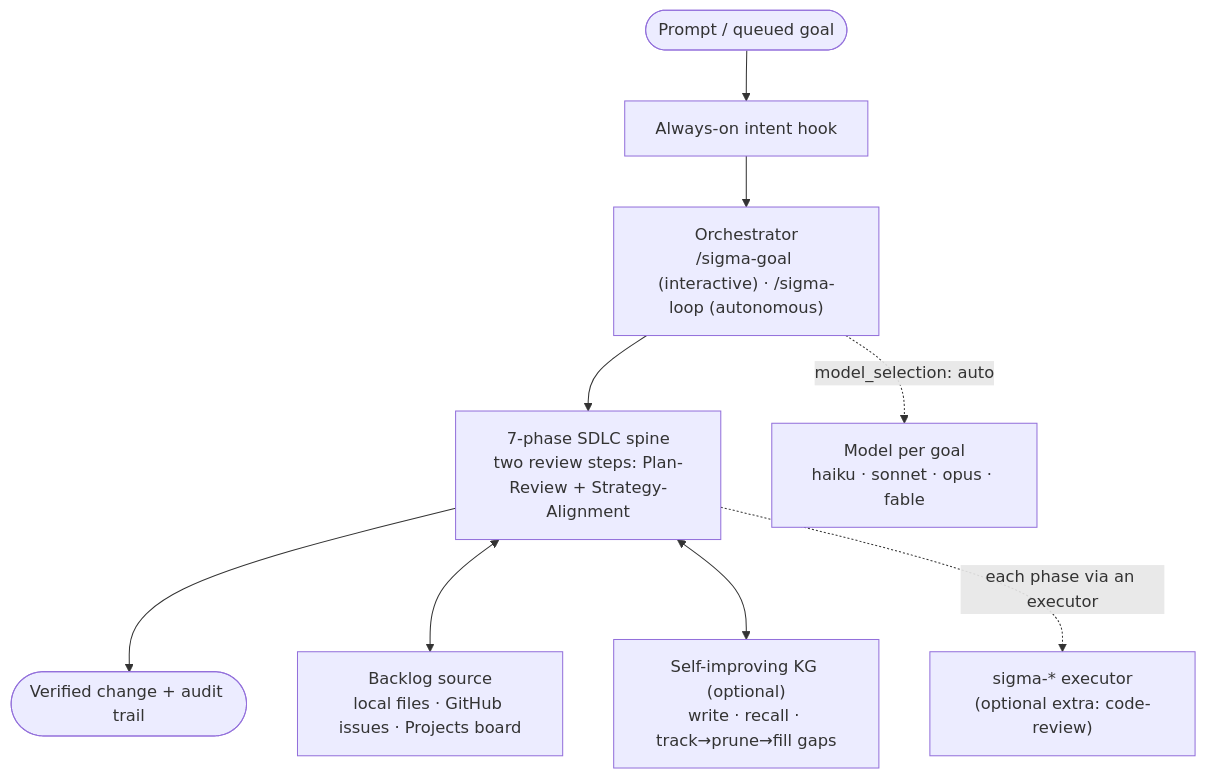
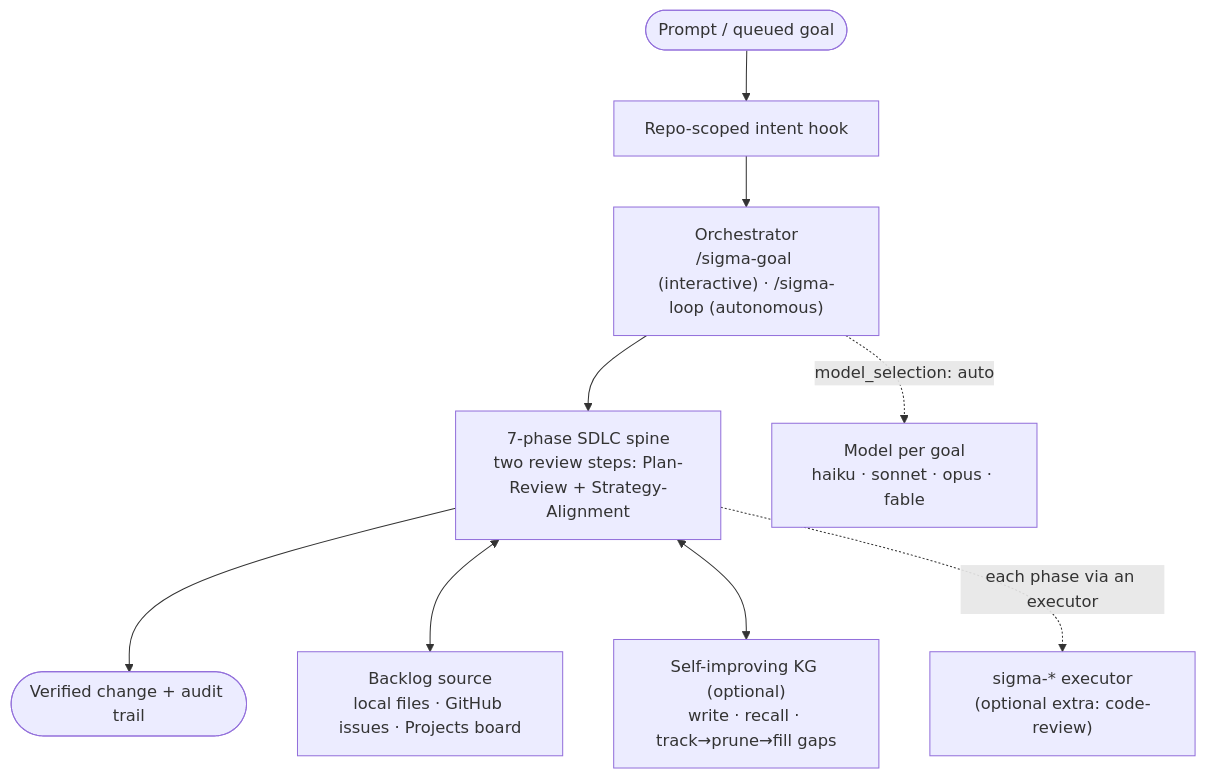
The first of 3 diagrams in docs/architecture.md (Agrim-Intelligence/sigma), drawn with Mermaid before and after one commit. The commit also changed other lines of this file and 24 other files, not shown here.

````diff
--- a/docs/architecture.md
+++ b/docs/architecture.md
@@ -33,11 +33,11 @@
 ```mermaid
 flowchart TB
-    PROMPT(["Prompt / queued goal"]) --> HOOK["Always-on intent hook"]
+    PROMPT(["Prompt / queued goal"]) --> HOOK["Repo-scoped intent hook"]
     HOOK --> ORCH["Orchestrator<br/>/sigma-goal (interactive) · /sigma-loop (autonomous)"]
     ORCH --> SPINE["7-phase SDLC spine<br/>two review steps: Plan-Review + Strategy-Alignment"]
     ORCH -.->|"model_selection: auto"| MDL["Model per goal<br/>haiku · sonnet · opus · fable"]
     SPINE --> OUT(["Verified change + audit trail"])
     SPINE <--> SRC["Backlog source<br/>local files · GitHub issues · Projects board"]
     SPINE <--> KG["Self-improving KG (optional)<br/>write · recall · track→prune→fill gaps"]
     SPINE -.->|"each phase via an executor"| COMP["sigma-* executor<br/>(optional extra: code-review)"]
 ```
````
